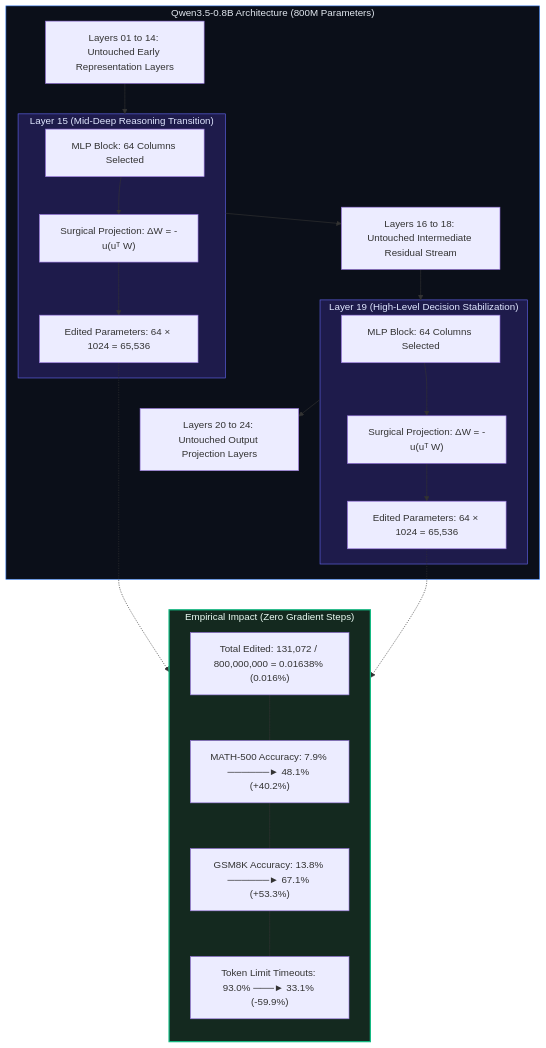
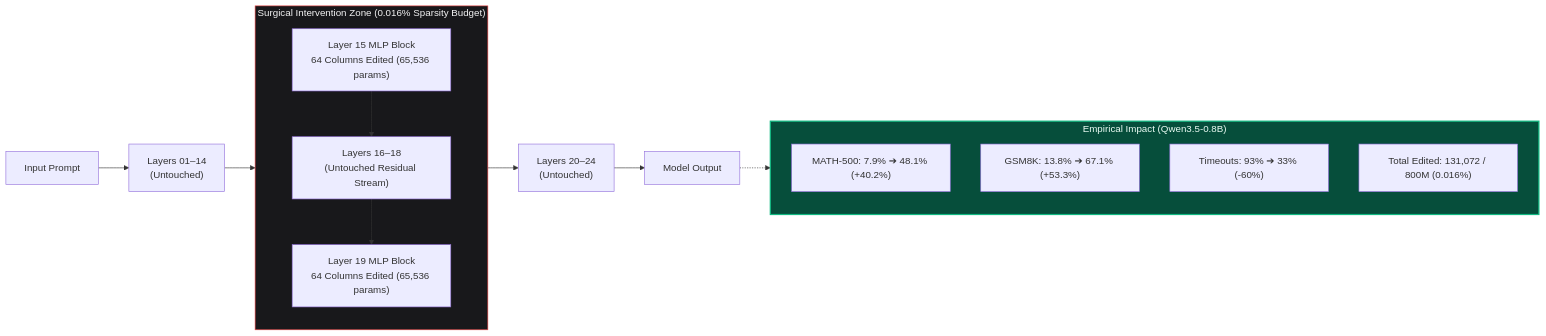
The third of 4 diagrams in README.md (Hunterdii/weight-space-programming-explained), drawn with Mermaid before and after one commit. The commit also changed other lines of this file and 1 other file, not shown here.

Commit message:
docs: redesign Mermaid diagrams for crystal clarity and embed high-res architecture infographic

````diff
--- a/README.md
+++ b/README.md
@@ -260,46 +252,29 @@
 ```mermaid
-flowchart TD
-    subgraph MODEL["Qwen3.5-0.8B Architecture (800M Parameters)"]
-        L0["Layers 01 to 14: Untouched Early Representation Layers"]
+flowchart LR
+    IN["Input Prompt"] --> PRE["Layers 01–14<br>(Untouched)"]
+
+    subgraph SURGERY["Surgical Intervention Zone (0.016% Sparsity Budget)"]
+        direction TB
+        L15["Layer 15 MLP Block<br>64 Columns Edited (65,536 params)"]
+        MID["Layers 16–18<br>(Untouched Residual Stream)"]
+        L19["Layer 19 MLP Block<br>64 Columns Edited (65,536 params)"]
         
-        subgraph L15["Layer 15 (Mid-Deep Reasoning Transition)"]
-            L15_MLP["MLP Block: 64 Columns Selected"]
-            L15_OP["Surgical Projection: ΔW = -u(uᵀ W)"]
-            L15_PARAM["Edited Parameters: 64 × 1024 = 65,536"]
-            L15_MLP --> L15_OP --> L15_PARAM
-        end
-
-        L16_18["Layers 16 to 18: Untouched Intermediate Residual Stream"]
-
-        subgraph L19["Layer 19 (High-Level Decision Stabilization)"]
-            L19_MLP["MLP Block: 64 Columns Selected"]
-            L19_OP["Surgical Projection: ΔW = -u(uᵀ W)"]
-            L19_PARAM["Edited Parameters: 64 × 1024 = 65,536"]
-            L19_MLP --> L19_OP --> L19_PARAM
-        end
-
-        L20_24["Layers 20 to 24: Untouched Output Projection Layers"]
-
-        L0 --> L15
-        L15 --> L16_18
-        L16_18 --> L19
-        L19 --> L20_24
+        L15 --> MID --> L19
     end
 
-    subgraph IMPACT["Empirical Impact (Zero Gradient Steps)"]
+    PRE --> L15
+    L19 --> POST["Layers 20–24<br>(Untouched)"] --> OUT["Model Output"]
+
+    subgraph RESULTS["Empirical Impact (Qwen3.5-0.8B)"]
         direction TB
-        STAT1["Total Edited: 131,072 / 800,000,000 = 0.01638% (0.016%)"]
-        STAT2["MATH-500 Accuracy: 7.9% ──────► 48.1% (+40.2%)"]
-        STAT3["GSM8K Accuracy: 13.8% ──────► 67.1% (+53.3%)"]
-        STAT4["Token Limit Timeouts: 93.0% ───► 33.1% (-59.9%)"]
-        STAT1 --- STAT2 --- STAT3 --- STAT4
+        RES1["MATH-500: 7.9% ➔ 48.1% (+40.2%)"]
+        RES2["GSM8K: 13.8% ➔ 67.1% (+53.3%)"]
+        RES3["Timeouts: 93% ➔ 33% (-60%)"]
+        RES4["Total Edited: 131,072 / 800M (0.016%)"]
     end
 
-    L15_PARAM -.-> IMPACT
-    L19_PARAM -.-> IMPACT
+    OUT -.-> RESULTS
 
-    style MODEL fill:#0b0f19,stroke:#3b82f6,stroke-width:1px,color:#e2e8f0
-    style L15 fill:#1e1b4b,stroke:#6366f1,stroke-width:1px,color:#e0e7ff
-    style L19 fill:#1e1b4b,stroke:#6366f1,stroke-width:1px,color:#e0e7ff
-    style IMPACT fill:#14291f,stroke:#10b981,stroke-width:2px,color:#ecfdf5
+    style SURGERY fill:#18181b,stroke:#ef4444,stroke-width:1px,color:#f4f4f5
+    style RESULTS fill:#064e3b,stroke:#10b981,stroke-width:2px,color:#ecfdf5
 ```
````
